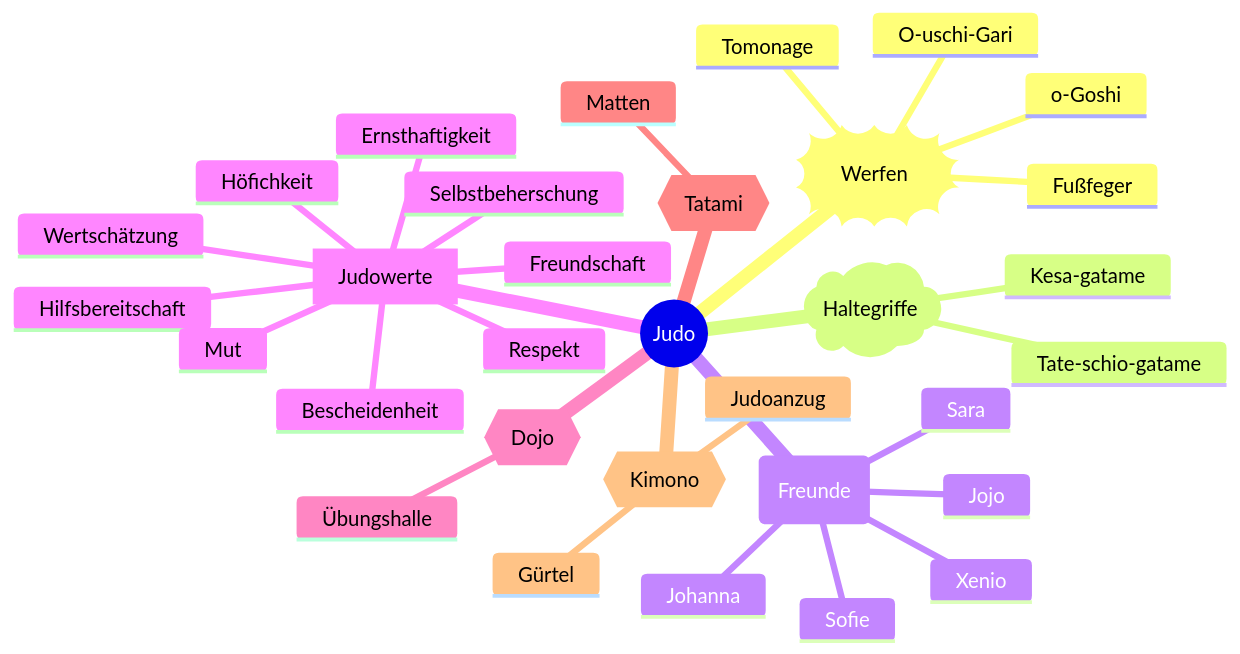
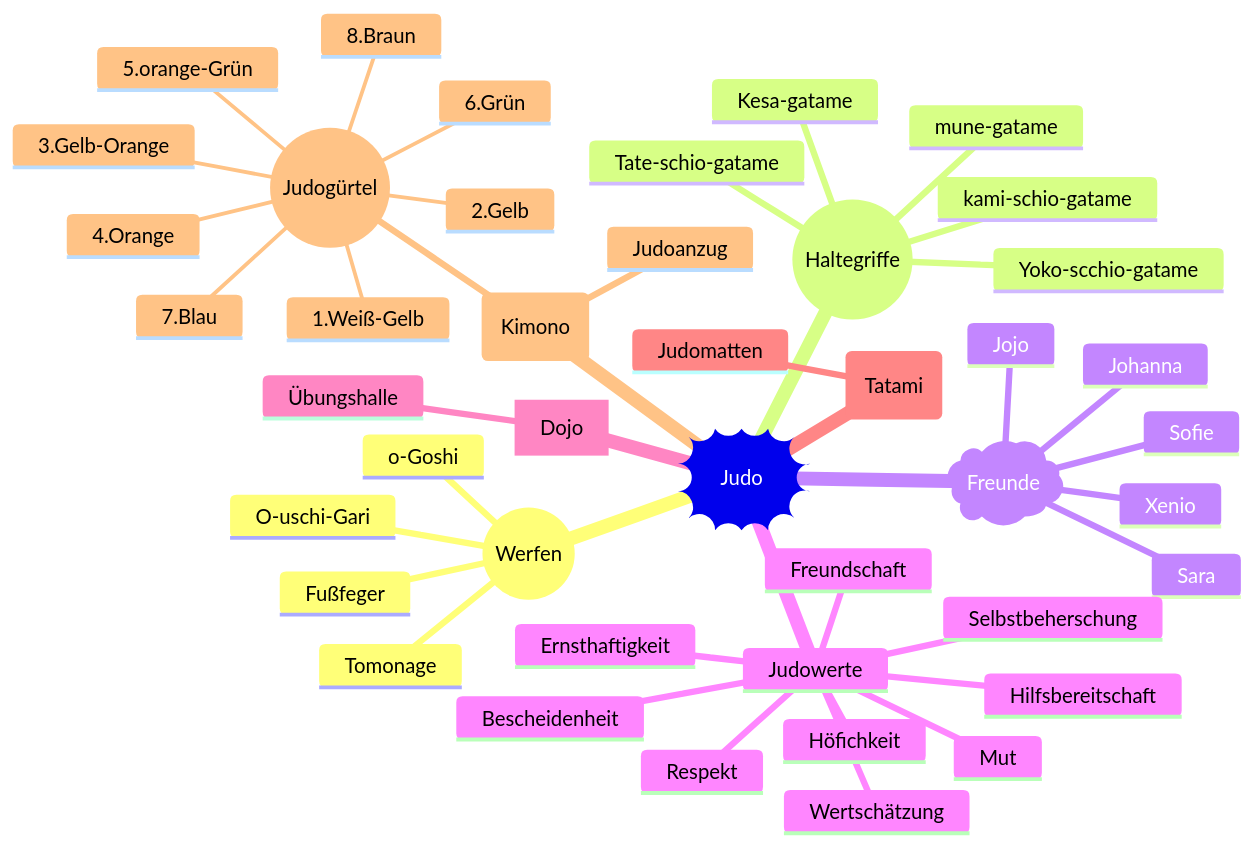
The diagram in JudoMindmap.mermaid (reinerBa/MausisDiagramme), drawn with Mermaid before and after one commit.

Commit message:
Refactor JudoMindmap formatting and structure
Updated the Judo mindmap structure and formatting.

```diff
--- a/JudoMindmap.mermaid
+++ b/JudoMindmap.mermaid
@@ -1,33 +1,44 @@
 mindmap
-  root((Judo))
-    ))Werfen((
+  root))Judo((
+    ((Werfen))
       o-Goshi
       Tomonage
       O-uschi-Gari
       Fußfeger
-    )Haltegriffe(
+    ((Haltegriffe))
+      Yoko-scchio-gatame
+      kami-schio-gatame
+      mune-gatame
       Kesa-gatame
       Tate-schio-gatame
-    (Freunde)
+    )Freunde(
       Sara
       Johanna
       Xenio
       Jojo
       Sofie
-    [Judowerte]
+    Judowerte
       Respekt
       Hilfsbereitschaft
       Ernsthaftigkeit
       Freundschaft
       Mut
       Bescheidenheit
      Selbstbeherschung
      Wertschätzung
      Höfichkeit
-    {{Dojo}}
+    [Dojo]
       Übungshalle
-    {{Tatami}}
-      Matten
-    {{Kimono}}
+    (Tatami)
+     Judomatten
+    (Kimono)
        Judoanzug
-       Gürtel
+       ((Judogürtel))
+         1.Weiß-Gelb
+         2.Gelb
+         3.Gelb-Orange
+         4.Orange
+         5.orange-Grün
+         6.Grün
+         7.Blau
+         8.Braun
```
